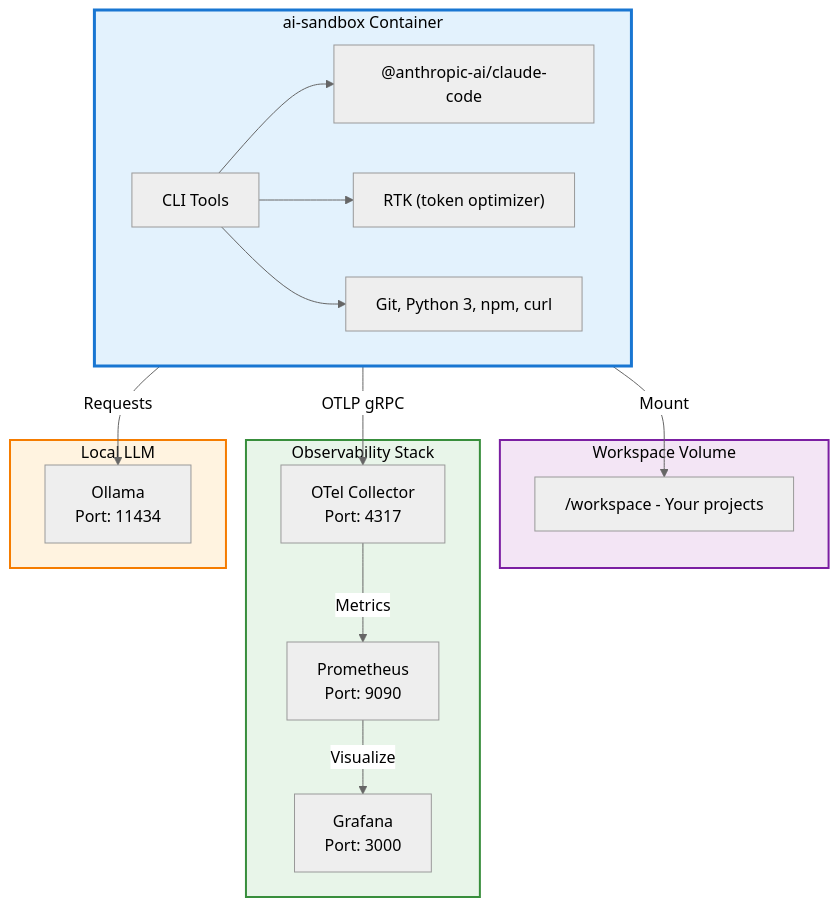
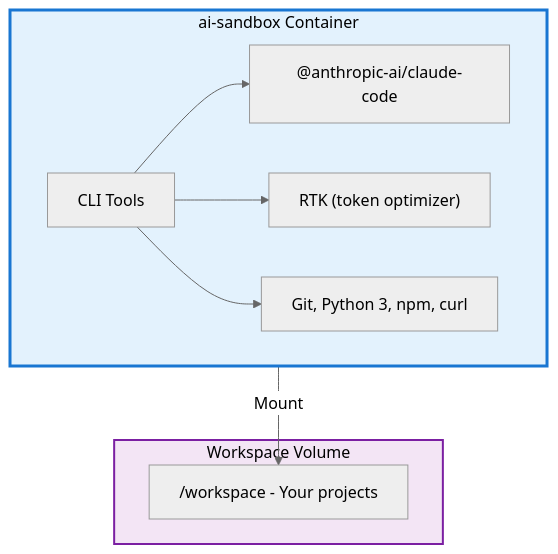
The diagram in README.md (notnotearlybirds/ai-sandbox), drawn with Mermaid (neutral theme) before and after one commit. The commit also changed other lines of this file and 5 other files, not shown here.

Commit message:
fix: remove unnecessary observability and Ollama services, clean up related artifacts (#21)

````diff
--- a/README.md
+++ b/README.md
@@ -80,40 +70,23 @@
 ```mermaid
 graph TB
     subgraph ai_sandbox["ai-sandbox Container"]
         direction LR
         cli["CLI Tools"]
         claude["@anthropic-ai/claude-code"]
         rtk["RTK (token optimizer)"]
         utils["Git, Python 3, npm, curl"]
 
         cli --> claude
         cli --> rtk
         cli --> utils
     end
 
     subgraph workspace["Workspace Volume"]
         ws["/workspace - Your projects"]
     end
 
-    subgraph observability["Observability Stack"]
-        otlp["OTel Collector<br/>Port: 4317"]
-        prom["Prometheus<br/>Port: 9090"]
-        grafana["Grafana<br/>Port: 3000"]
-
-        otlp -->|Metrics| prom
-        prom -->|Visualize| grafana
-    end
-
-    subgraph llm["Local LLM"]
-        ollama["Ollama<br/>Port: 11434"]
-    end
-
-    ai_sandbox -->|OTLP gRPC| otlp
     ai_sandbox -->|Mount| ws
-    ai_sandbox -->|Requests| ollama
 
     style ai_sandbox fill:#e3f2fd,stroke:#1976d2,stroke-width:3px,color:#000
     style workspace fill:#f3e5f5,stroke:#7b1fa2,stroke-width:2px,color:#000
-    style observability fill:#e8f5e9,stroke:#388e3c,stroke-width:2px,color:#000
-    style llm fill:#fff3e0,stroke:#f57c00,stroke-width:2px,color:#000
 ```
````
